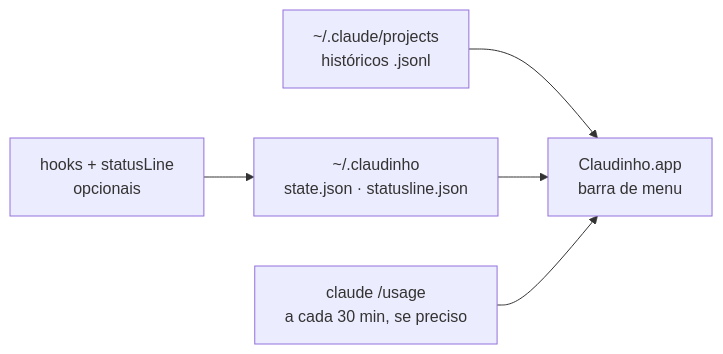
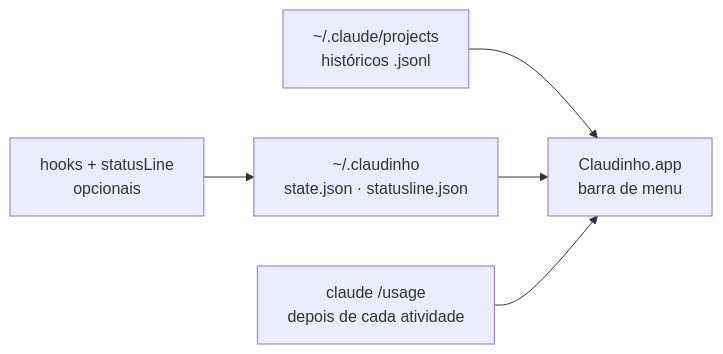
One commit to AlmeidaSNicolas/claudinho-widget changed the diagram in README.md. Above: the diagram before and after it, drawn with Mermaid. The commit also changed other lines of this file and 11 other files, not shown here.

````diff
--- a/README.md
+++ b/README.md
@@ -56,7 +58,7 @@
 ```mermaid
 flowchart LR
   L[~/.claude/projects<br/>históricos .jsonl] --> A
   H[hooks + statusLine<br/>opcionais] --> D[~/.claudinho<br/>state.json · statusline.json]
   D --> A[Claudinho.app<br/>barra de menu]
-  U[claude /usage<br/>a cada 30 min, se preciso] --> A
+  U[claude /usage<br/>depois de cada atividade] --> A
 ```
````
